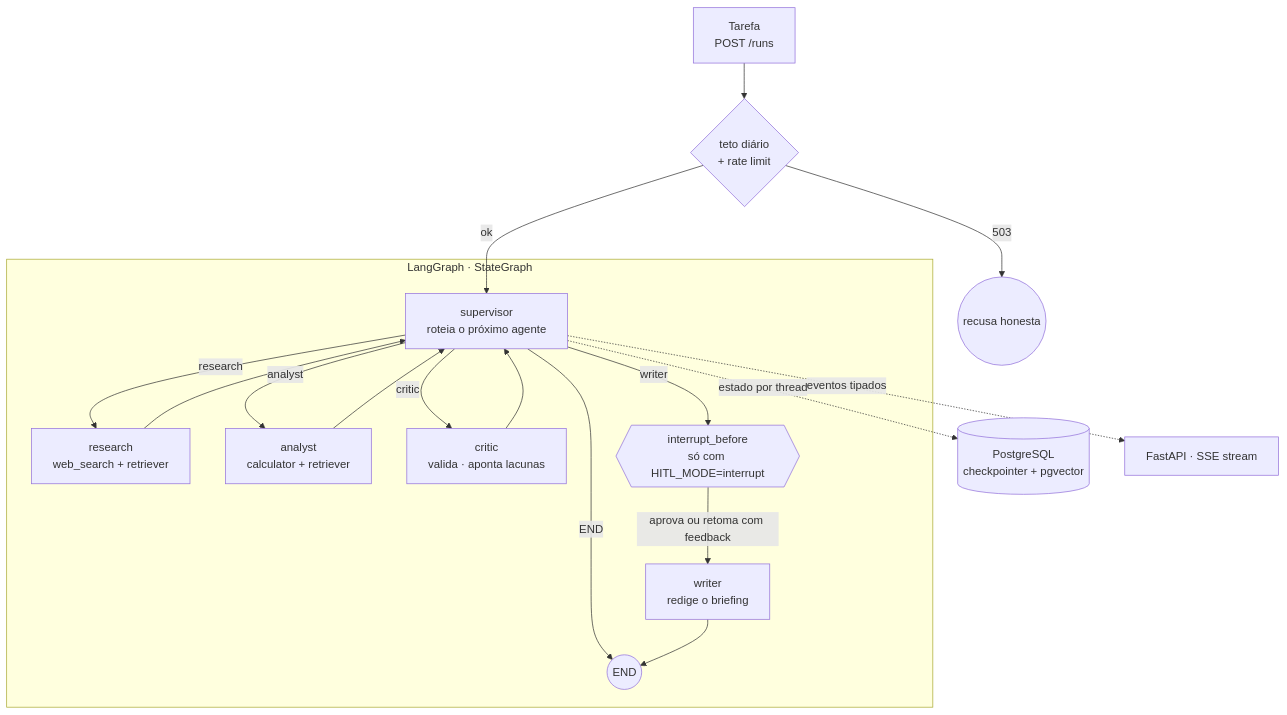
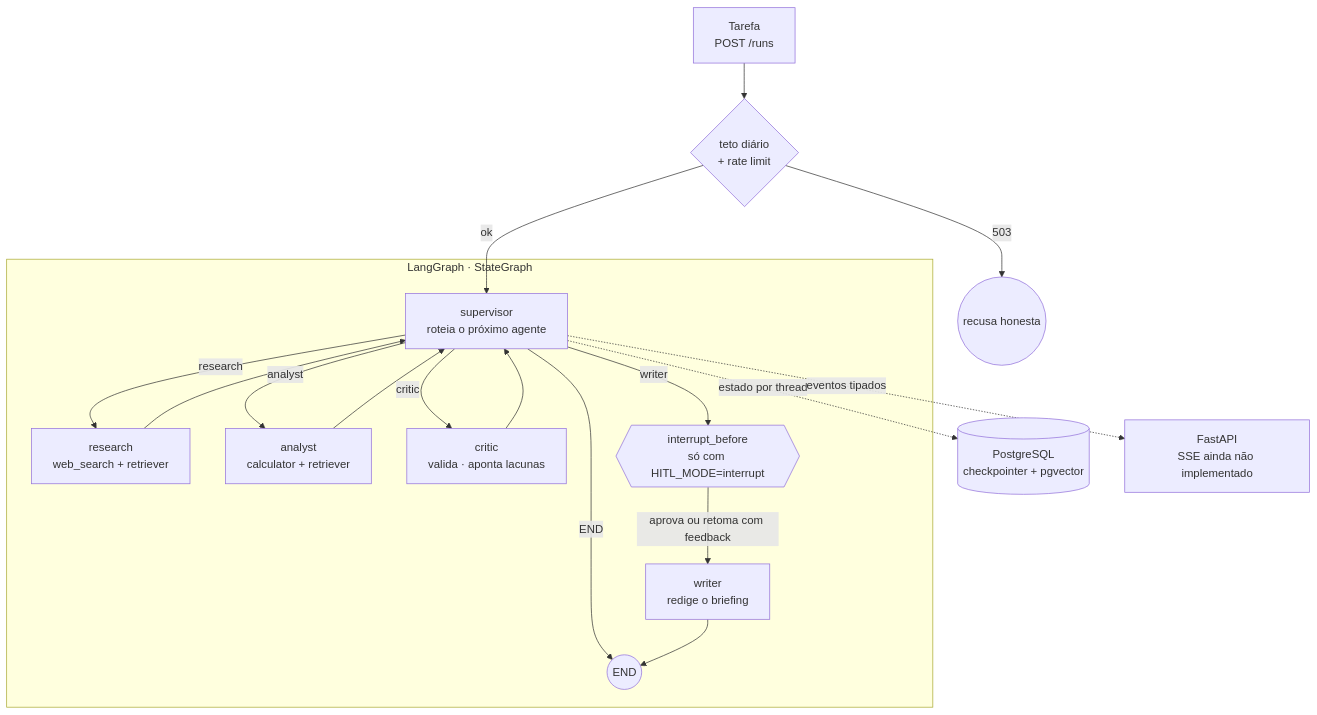
Before and after one commit to btaguiar/pauta: the diagram in ARCHITECTURE.md, drawn with Mermaid. The commit also changed 4 other files, not shown here.

````diff
--- a/ARCHITECTURE.md
+++ b/ARCHITECTURE.md
@@ -9,22 +9,22 @@
 ```mermaid
 flowchart TB
     U[Tarefa<br/>POST /runs] --> LIM{teto diário<br/>+ rate limit}
     LIM -->|503| X((recusa honesta))
     LIM -->|ok| S
 
     subgraph graph["LangGraph · StateGraph"]
         S[supervisor<br/>roteia o próximo agente] -->|research| R
         S -->|analyst| A
         S -->|critic| C
         S -->|writer| I
         R[research<br/>web_search + retriever] --> S
         A[analyst<br/>calculator + retriever] --> S
         C[critic<br/>valida · aponta lacunas] --> S
         S -->|END| E
         I{{interrupt_before<br/>só com HITL_MODE=interrupt}} -->|aprova ou retoma com feedback| W
         W[writer<br/>redige o briefing] --> E((END))
     end
 
     S -. estado por thread .-> PG[(PostgreSQL<br/>checkpointer + pgvector)]
-    S -. eventos tipados .-> API[FastAPI · SSE stream]
+    S -. eventos tipados .-> API[FastAPI<br/>SSE ainda não implementado]
 ```
````
